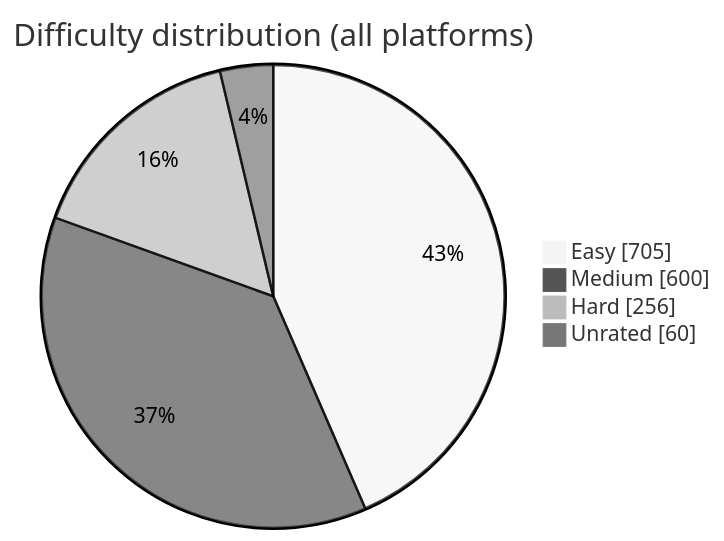
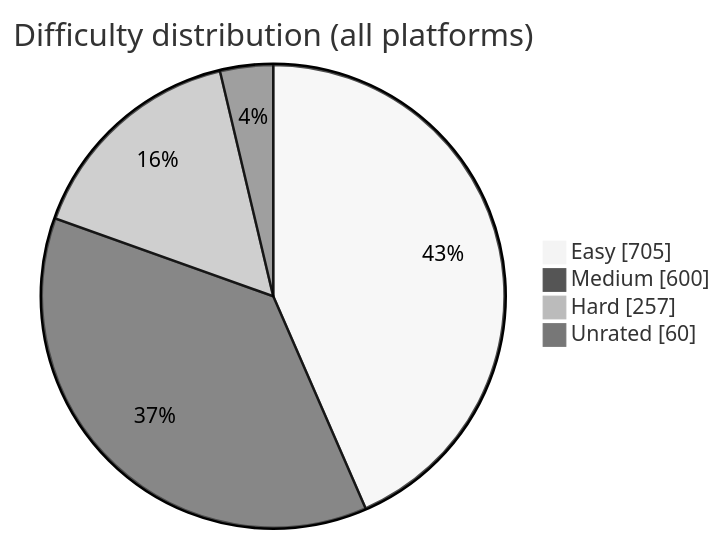
The diagram in README.md (BuildbyArindam/Daily-Coding-Log), drawn with Mermaid (neutral theme) before and after one commit. The commit also changed other lines of this file, not shown here.

````diff
--- a/README.md
+++ b/README.md
@@ -93,7 +93,7 @@
 ```mermaid
 pie showData title Difficulty distribution (all platforms)
     "Easy" : 705
     "Medium" : 600
-    "Hard" : 256
+    "Hard" : 257
     "Unrated" : 60
 ```
````
